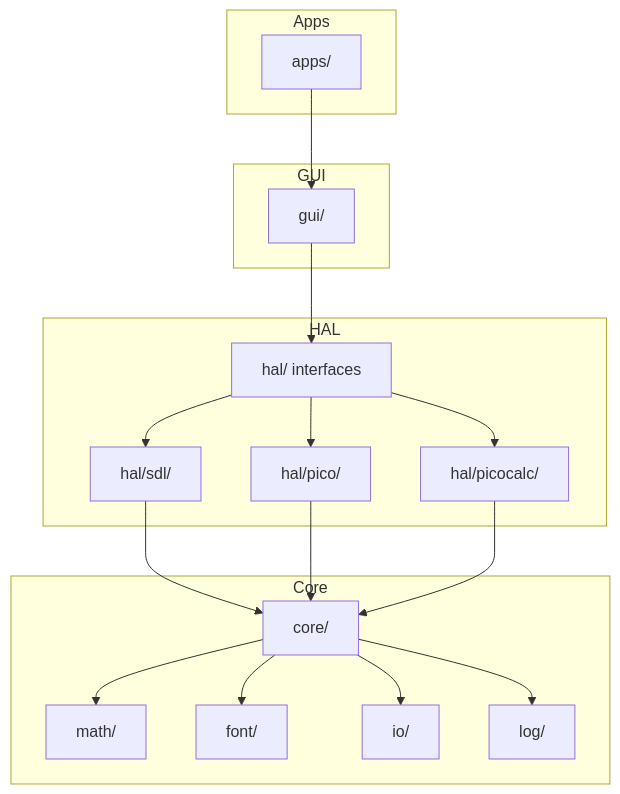
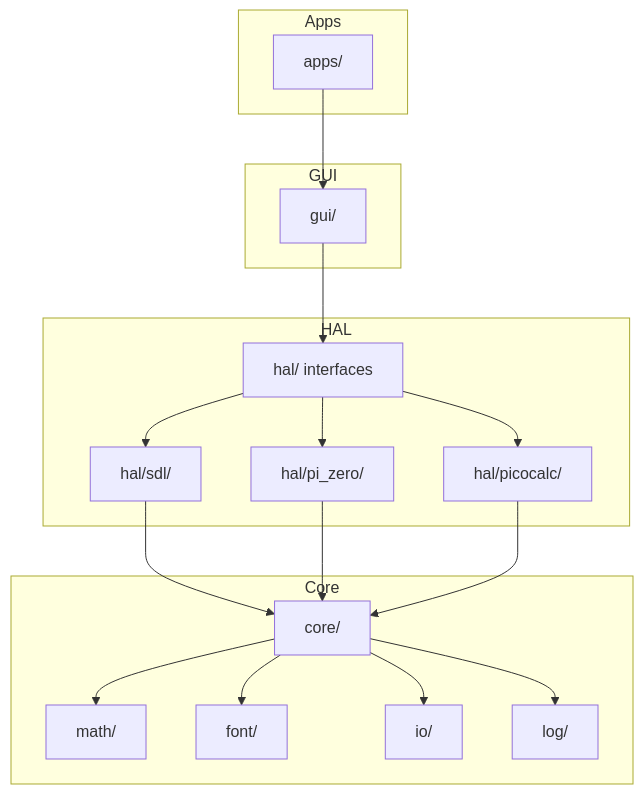
The diagram in docs/architecture.md (marvins/kbd_calc), drawn with Mermaid before and after one commit. The commit also changed other lines of this file and 28 other files, not shown here.

````diff
--- a/docs/architecture.md
+++ b/docs/architecture.md
@@ -26,38 +26,38 @@
 ```mermaid
 graph TB
     subgraph Apps
         A[apps/]
     end
 
     subgraph GUI
         B[gui/]
     end
 
     subgraph HAL
         C[hal/ interfaces]
         D[hal/sdl/]
-        E[hal/pico/]
+        E[hal/pi_zero/]
         F[hal/picocalc/]
     end
 
     subgraph Core
         G[core/]
         H[math/]
         I[font/]
         J[io/]
         K[log/]
     end
 
     A --> B
     B --> C
     C --> D
     C --> E
     C --> F
     D --> G
     E --> G
     F --> G
     G --> H
     G --> I
     G --> J
     G --> K
 ```
````
